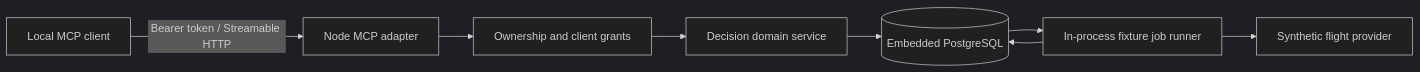
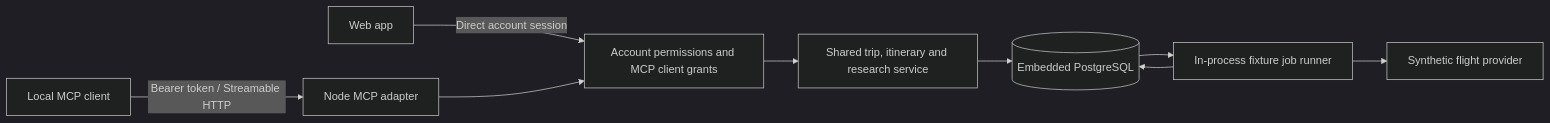
One commit to eddieyang-97/trip-planning-engine changed the diagram in README.md. Above: the diagram before and after it, drawn with Mermaid (dark theme). The commit also changed other lines of this file and 1 other file, not shown here.

Commit message:
Define web and MCP as first-class trip planning surfaces

````diff
--- a/README.md
+++ b/README.md
@@ -48,10 +61,11 @@
 ```mermaid
 flowchart LR
+  B[Web app] -->|Direct account session| A
   C[Local MCP client] -->|Bearer token / Streamable HTTP| M[Node MCP adapter]
-  M --> A[Ownership and client grants]
-  A --> D[Decision domain service]
+  M --> A[Account permissions and MCP client grants]
+  A --> D[Shared trip, itinerary and research service]
   D --> P[(Embedded PostgreSQL)]
   P --> W[In-process fixture job runner]
   W --> F[Synthetic flight provider]
   W --> P
 ```
````
